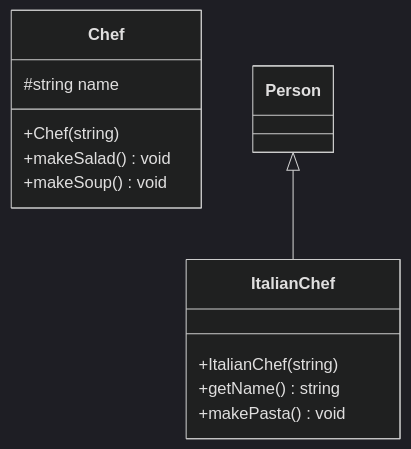
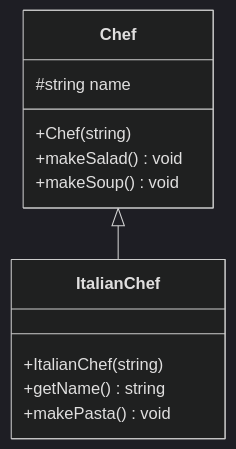
The diagram in H3a/README.md (HenkkaOAMK/oliokurssin-esimerkit), drawn with Mermaid (dark theme) before and after one commit.

Commit message:
H3a luokkakaavio korjaus

````diff
--- a/H3a/README.md
+++ b/H3a/README.md
@@ -3,15 +3,15 @@
 ```mermaid
 classDiagram
     class Chef {
 		#string name
         +Chef(string)
 		+makeSalad() void
         +makeSoup() void
 	}
 	class ItalianChef{
         +ItalianChef(string)
 		+getName() string
         +makePasta() void
 	}
-	Person <|-- ItalianChef
+	Chef <|-- ItalianChef
 ```
````
